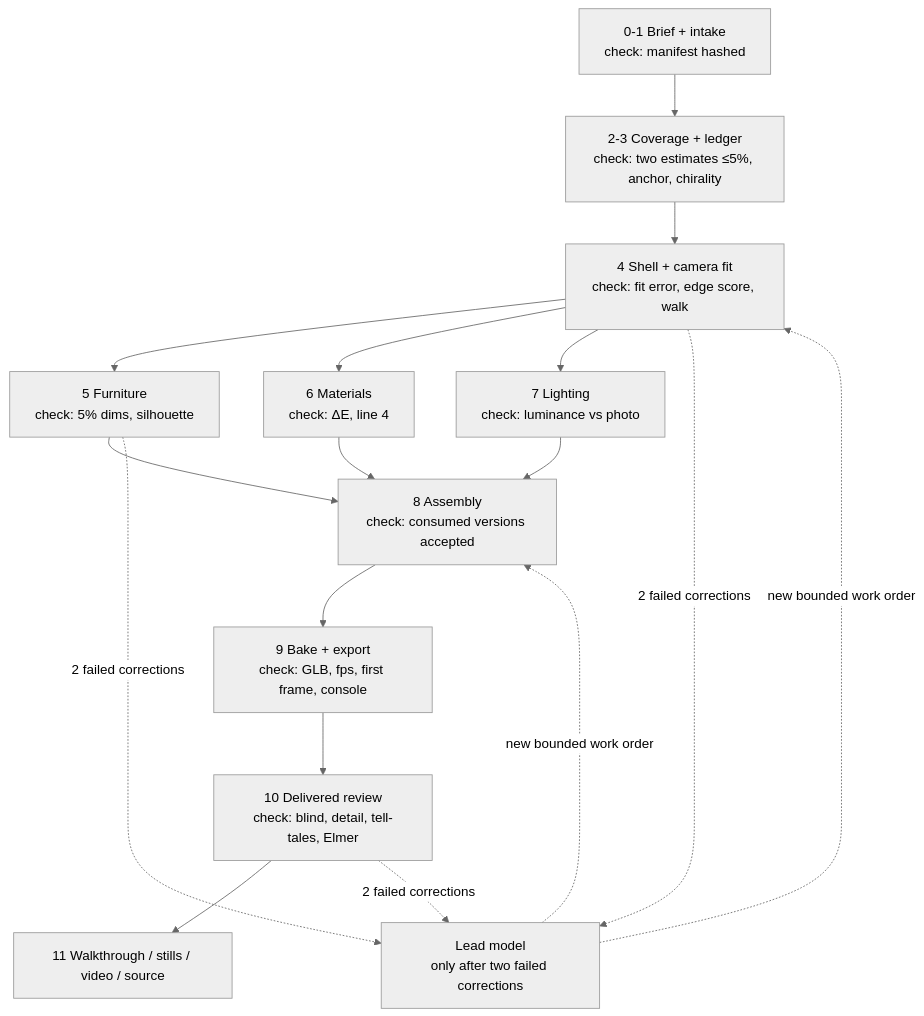
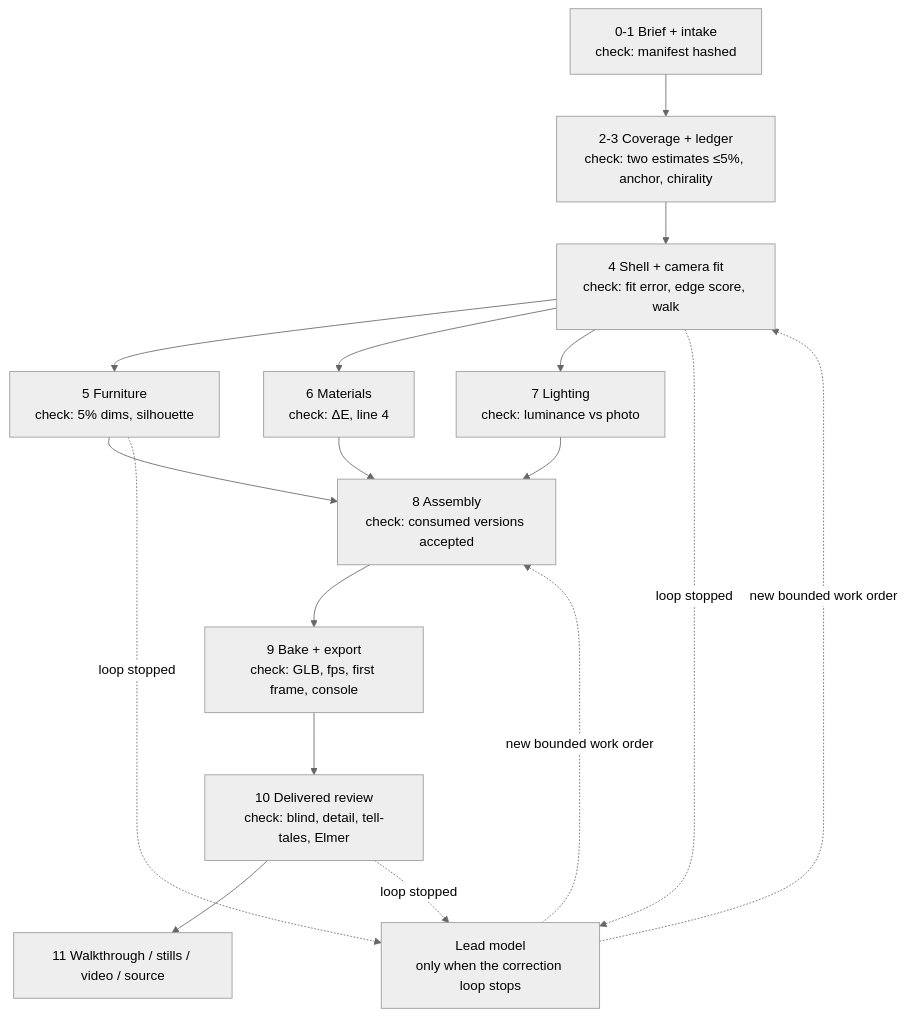
Before and after one commit to efesantos/3d-factory: the diagram in PLAN.md, drawn with Mermaid (neutral theme). The commit also changed other lines of this file, not shown here.

First line of the commit message:
Plan: fallback chains, rationale per worker, correction loop, usage windows, Orca, monthly evaluator

````diff
--- a/PLAN.md
+++ b/PLAN.md
@@ -58,25 +58,25 @@
 ```mermaid
 flowchart TD
     A["0-1 Brief + intake<br/>check: manifest hashed"]
     B["2-3 Coverage + ledger<br/>check: two estimates ≤5%, anchor, chirality"]
     C["4 Shell + camera fit<br/>check: fit error, edge score, walk"]
     E["5 Furniture<br/>check: 5% dims, silhouette"]
     F["6 Materials<br/>check: ΔE, line 4"]
     G["7 Lighting<br/>check: luminance vs photo"]
     I["8 Assembly<br/>check: consumed versions accepted"]
     K["9 Bake + export<br/>check: GLB, fps, first frame, console"]
     L["10 Delivered review<br/>check: blind, detail, tell-tales, Elmer"]
     N["11 Walkthrough / stills / video / source"]
-    O["Lead model<br/>only after two failed corrections"]
+    O["Lead model<br/>only when the correction loop stops"]
 
     A --> B --> C
     C --> E --> I
     C --> F --> I
     C --> G --> I
     I --> K --> L --> N
-    C -. "2 failed corrections" .-> O
-    E -. "2 failed corrections" .-> O
-    L -. "2 failed corrections" .-> O
+    C -. "loop stopped" .-> O
+    E -. "loop stopped" .-> O
+    L -. "loop stopped" .-> O
     O -. "new bounded work order" .-> C
     O -. "new bounded work order" .-> I
 ```
````
